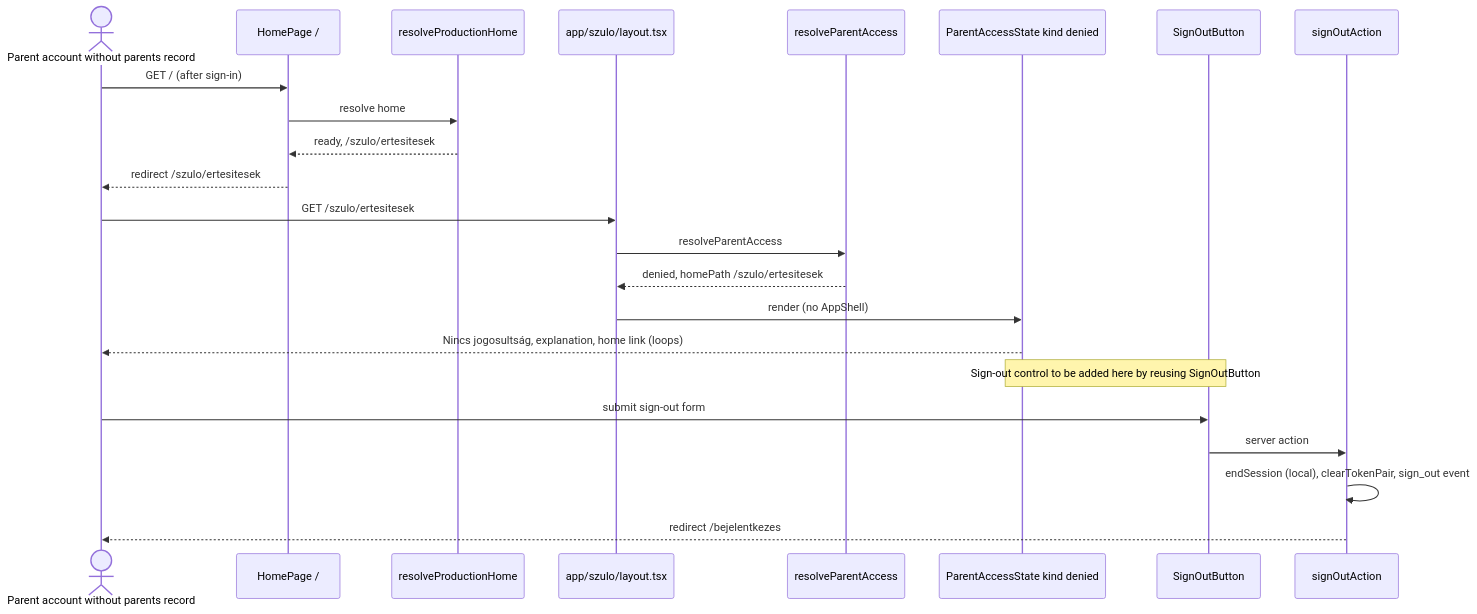
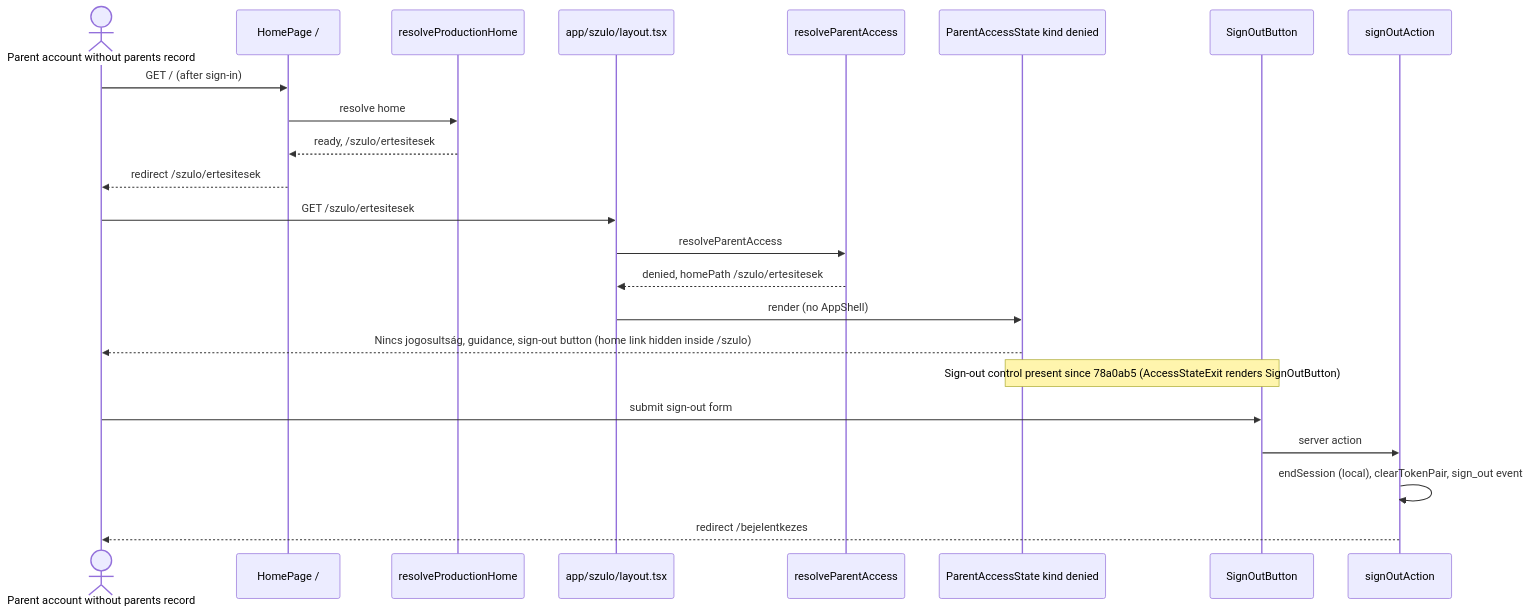
One commit to bbotond83/waldorf-community-task-manager changed the eighth of 10 diagrams in aidlc/spaces/default/codekb/waldorf-community-task-manager/architecture.md. Above: the diagram before and after it, drawn with Mermaid. The commit also changed other lines of this file and 25 other files, not shown here.

First line of the commit message:
fix(identity): add sign-out and guidance to the standalone no-access page (#6)

````diff
--- a/aidlc/spaces/default/codekb/waldorf-community-task-manager/architecture.md
+++ b/aidlc/spaces/default/codekb/waldorf-community-task-manager/architecture.md
@@ -332,25 +332,25 @@
 ```mermaid
 sequenceDiagram
   actor P as Parent account without parents record
   participant HP as HomePage /
   participant PH as resolveProductionHome
   participant PL as app/szulo/layout.tsx
   participant PA as resolveParentAccess
   participant AS as ParentAccessState kind denied
   participant SB as SignOutButton
   participant SO as signOutAction
   P->>HP: GET / (after sign-in)
   HP->>PH: resolve home
   PH-->>HP: ready, /szulo/ertesitesek
   HP-->>P: redirect /szulo/ertesitesek
   P->>PL: GET /szulo/ertesitesek
   PL->>PA: resolveParentAccess
   PA-->>PL: denied, homePath /szulo/ertesitesek
   PL->>AS: render (no AppShell)
-  AS-->>P: Nincs jogosultság, explanation, home link (loops)
-  Note over AS,SB: Sign-out control to be added here by reusing SignOutButton
+  AS-->>P: Nincs jogosultság, guidance, sign-out button (home link hidden inside /szulo)
+  Note over AS,SB: Sign-out control present since 78a0ab5 (AccessStateExit renders SignOutButton)
   P->>SB: submit sign-out form
   SB->>SO: server action
   SO->>SO: endSession (local), clearTokenPair, sign_out event
   SO-->>P: redirect /bejelentkezes
 ```
````
